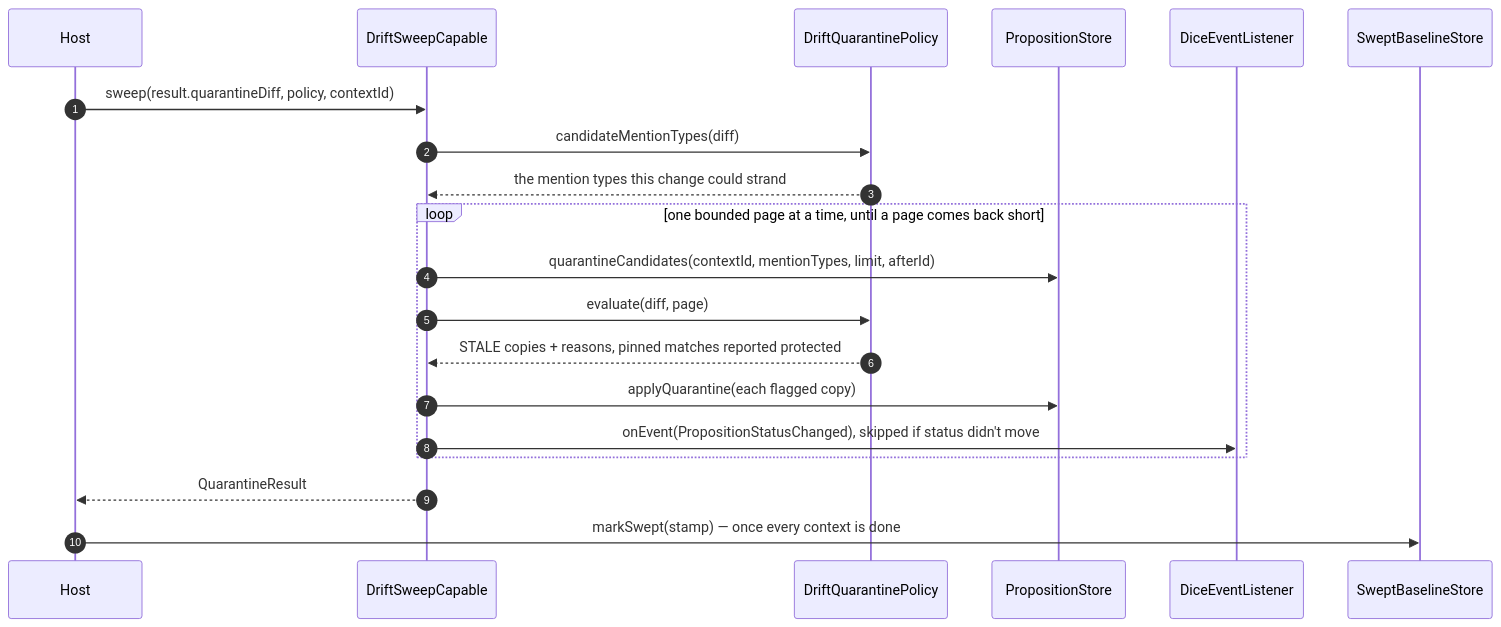
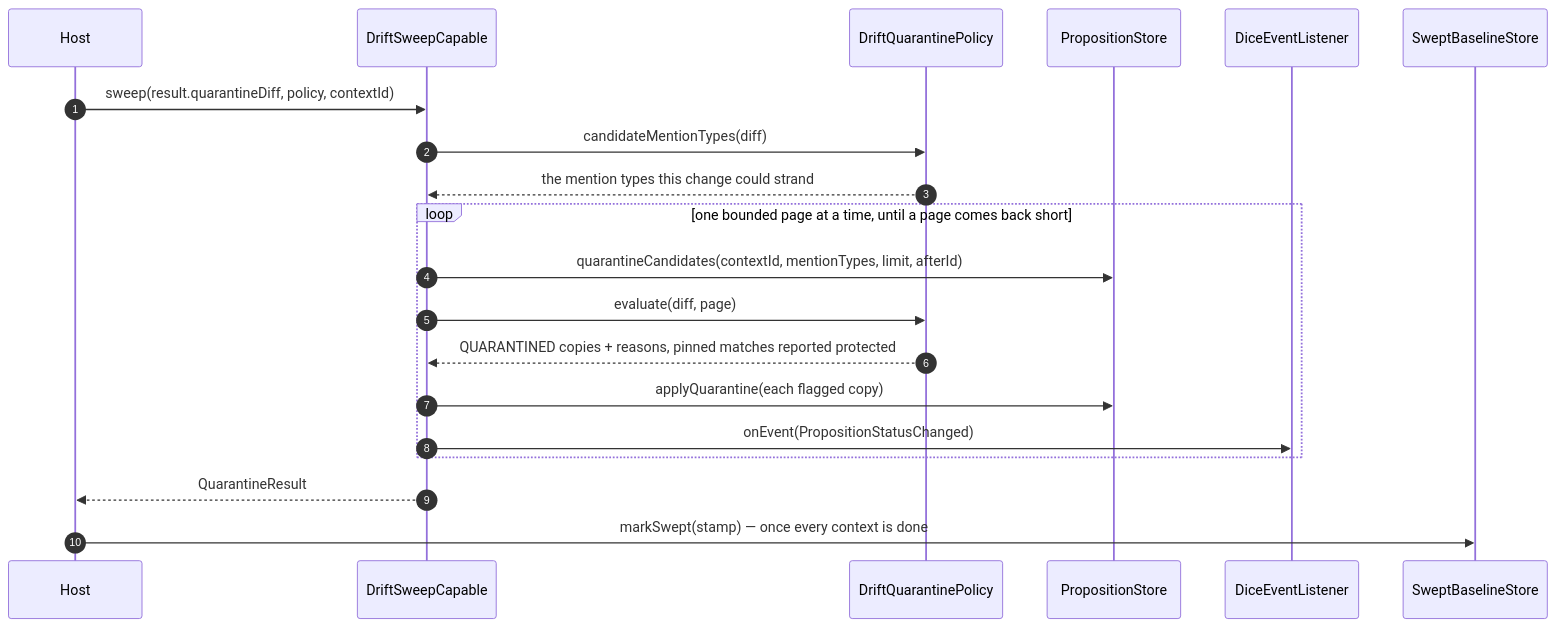
The second of 3 diagrams in docs/design/metamodel-drift.md (embabel/dice), drawn with Mermaid before and after one commit. The commit also changed other lines of this file and 17 other files, not shown here.

First line of the commit message:
Give quarantine its own status and move it beside the lifecycle policies

````diff
--- a/docs/design/metamodel-drift.md
+++ b/docs/design/metamodel-drift.md
@@ -59,23 +59,23 @@
 ```mermaid
 sequenceDiagram
     autonumber
     participant Host
     participant Sweep as DriftSweepCapable
     participant Policy as DriftQuarantinePolicy
     participant Props as PropositionStore
     participant Listener as DiceEventListener
     participant Versions as SweptBaselineStore
 
     Host->>Sweep: sweep(result.quarantineDiff, policy, contextId)
     Sweep->>Policy: candidateMentionTypes(diff)
     Policy-->>Sweep: the mention types this change could strand
     loop one bounded page at a time, until a page comes back short
         Sweep->>Props: quarantineCandidates(contextId, mentionTypes, limit, afterId)
         Sweep->>Policy: evaluate(diff, page)
-        Policy-->>Sweep: STALE copies + reasons, pinned matches reported protected
+        Policy-->>Sweep: QUARANTINED copies + reasons, pinned matches reported protected
         Sweep->>Props: applyQuarantine(each flagged copy)
-        Sweep->>Listener: onEvent(PropositionStatusChanged), skipped if status didn't move
+        Sweep->>Listener: onEvent(PropositionStatusChanged)
     end
     Sweep-->>Host: QuarantineResult
     Host->>Versions: markSwept(stamp) — once every context is done
 ```
````
